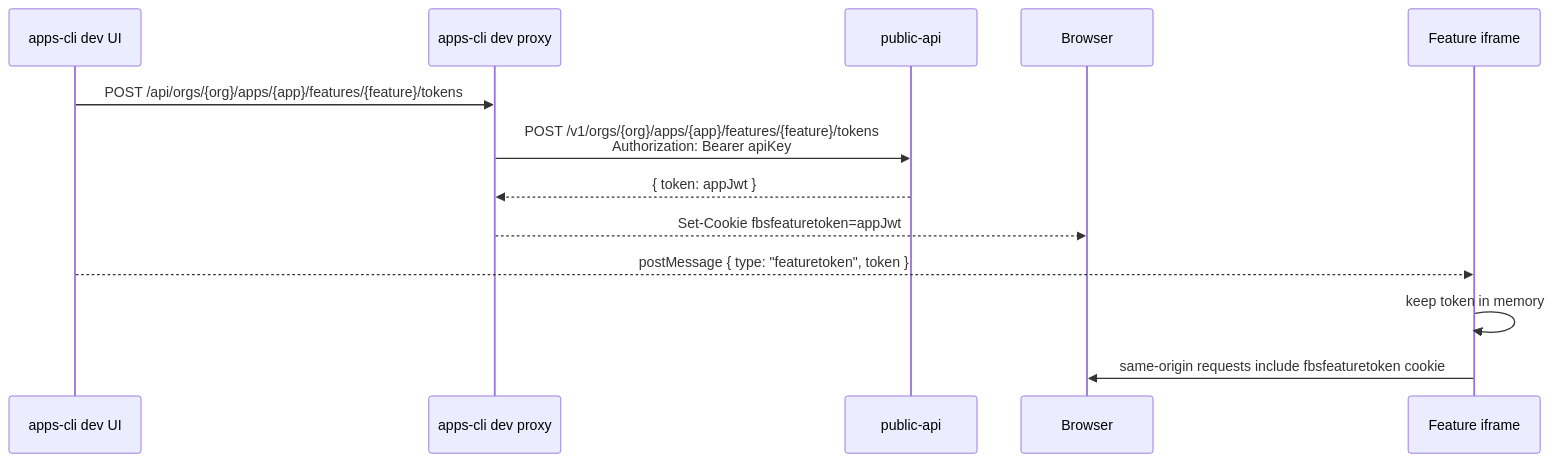
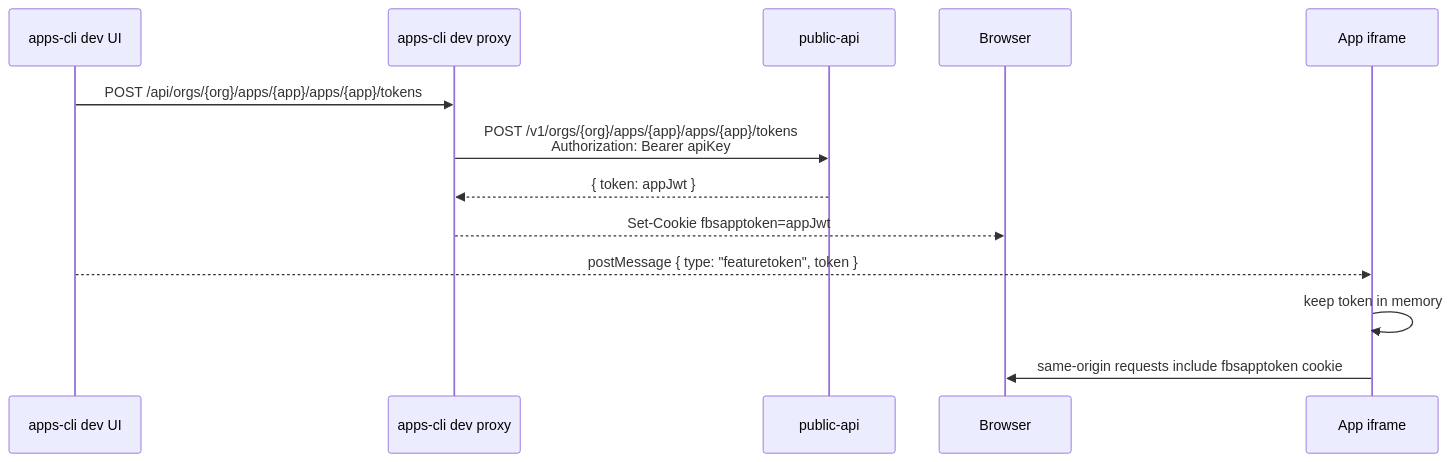
The second of 6 diagrams in docs/proposals/APP-AUTH-FLOW.md (fusebase-dev/fusebase-cli), drawn with Mermaid before and after one commit. The commit also changed other lines of this file and 113 other files, not shown here.

Commit message:
NIM-40957: apps-cli — rename apps→products, features→apps

````diff
--- a/docs/proposals/APP-AUTH-FLOW.md
+++ b/docs/proposals/APP-AUTH-FLOW.md
@@ -100,16 +100,16 @@
 ```mermaid
 sequenceDiagram
   participant DevUI as apps-cli dev UI
   participant DevProxy as apps-cli dev proxy
   participant PublicAPI as public-api
   participant Browser as Browser
-  participant Feature as Feature iframe
+  participant App as App iframe
 
-  DevUI->>DevProxy: POST /api/orgs/{org}/apps/{app}/features/{feature}/tokens
-  DevProxy->>PublicAPI: POST /v1/orgs/{org}/apps/{app}/features/{feature}/tokens<br/>Authorization: Bearer apiKey
+  DevUI->>DevProxy: POST /api/orgs/{org}/apps/{app}/apps/{app}/tokens
+  DevProxy->>PublicAPI: POST /v1/orgs/{org}/apps/{app}/apps/{app}/tokens<br/>Authorization: Bearer apiKey
   PublicAPI-->>DevProxy: { token: appJwt }
-  DevProxy-->>Browser: Set-Cookie fbsfeaturetoken=appJwt
-  DevUI-->>Feature: postMessage { type: "featuretoken", token }
-  Feature->>Feature: keep token in memory
-  Feature->>Browser: same-origin requests include fbsfeaturetoken cookie
+  DevProxy-->>Browser: Set-Cookie fbsapptoken=appJwt
+  DevUI-->>App: postMessage { type: "featuretoken", token }
+  App->>App: keep token in memory
+  App->>Browser: same-origin requests include fbsapptoken cookie
 ```
````
